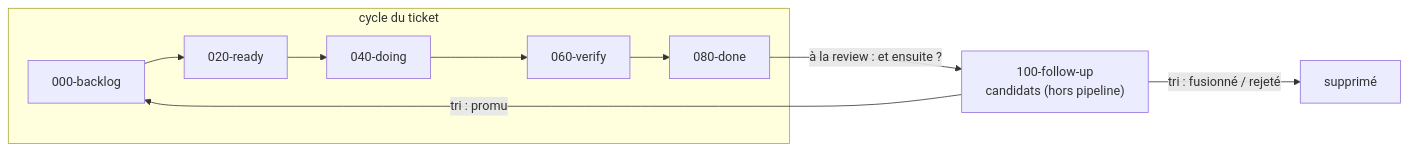
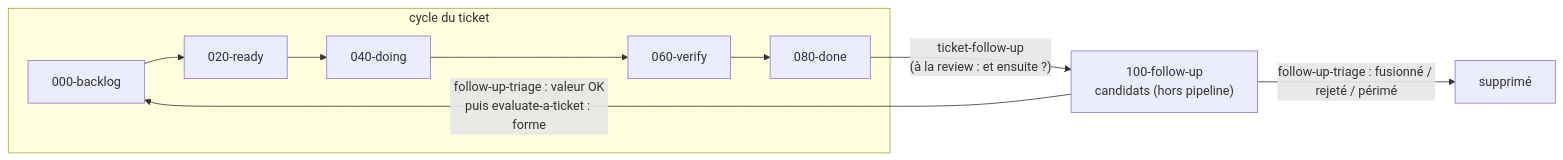
One commit to deljdlx/dc-container-kingdom changed the diagram in meta/workflow/000-backlog/2026-07-26_18-14_recipe-ticket-follow-up.md. Above: the diagram before and after it, drawn with Mermaid. The commit also changed other lines of this file, not shown here.

Commit message:
docs(board): ajoute la recipe de tri des candidats follow-up au ticket

````diff
--- a/meta/workflow/000-backlog/2026-07-26_18-14_recipe-ticket-follow-up.md
+++ b/meta/workflow/000-backlog/2026-07-26_18-14_recipe-ticket-follow-up.md
@@ -126,9 +168,9 @@
 ```mermaid
 flowchart LR
   subgraph pipeline["cycle du ticket"]
     B["000-backlog"] --> R["020-ready"] --> D["040-doing"] --> V["060-verify"] --> DONE["080-done"]
   end
-  DONE -- "à la review : et ensuite ?" --> F["100-follow-up<br/>candidats (hors pipeline)"]
-  F -- "tri : promu" --> B
-  F -- "tri : fusionné / rejeté" --> X["supprimé"]
+  DONE -- "ticket-follow-up<br/>(à la review : et ensuite ?)" --> F["100-follow-up<br/>candidats (hors pipeline)"]
+  F -- "follow-up-triage : valeur OK<br/>puis evaluate-a-ticket : forme" --> B
+  F -- "follow-up-triage : fusionné / rejeté / périmé" --> X["supprimé"]
 ```
````
